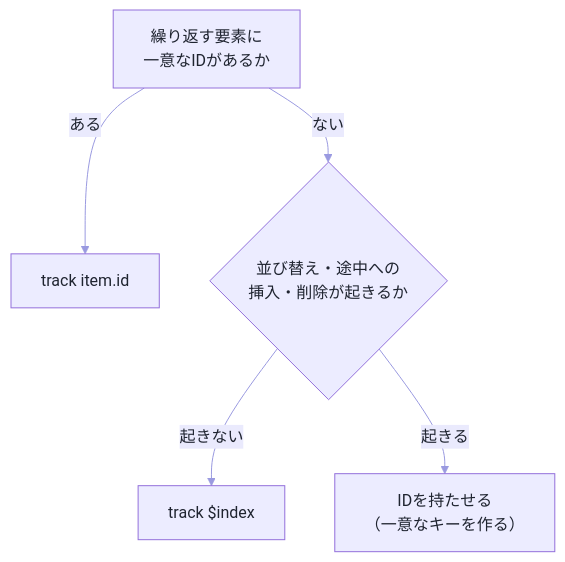
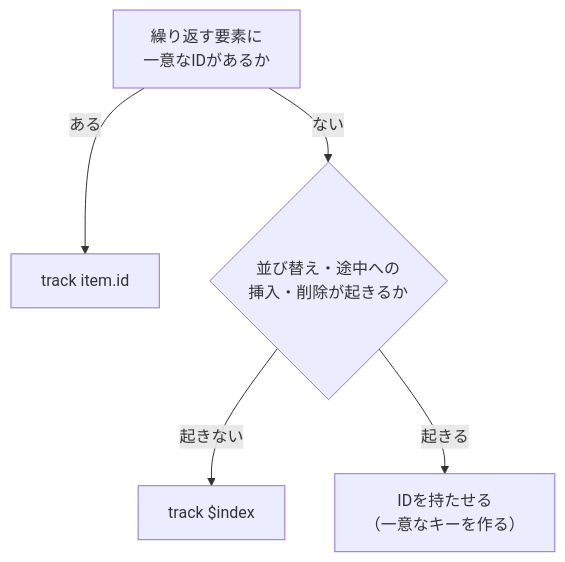
One commit to nagahara-naoki/zenn changed the diagram in articles/9b3e7c42f1a850.md. Above: the diagram before and after it, drawn with Mermaid.

Commit message:
Angularの制御フロー@ifと@for

````diff
--- a/articles/9b3e7c42f1a850.md
+++ b/articles/9b3e7c42f1a850.md
@@ -158,8 +158,7 @@
 ```mermaid
-%%{init: {'themeVariables': {'primaryColor': '#eaeafd', 'primaryBorderColor': '#5b5bd6', 'primaryTextColor': '#1f2430', 'lineColor': '#9a9ae0', 'textColor': '#1f2430', 'edgeLabelBackground': '#eaeafd', 'tertiaryColor': '#f4f4fe', 'tertiaryBorderColor': '#5b5bd6', 'tertiaryTextColor': '#1f2430'}}}%%
 flowchart TD
   A["繰り返す要素に<br/>一意なIDがあるか"] -->|"ある"| B["track item.id"]
   A -->|"ない"| C{"並び替え・途中への<br/>挿入・削除が起きるか"}
   C -->|"起きない"| D["track $index"]
   C -->|"起きる"| E["IDを持たせる<br/>（一意なキーを作る）"]
 ```
````
